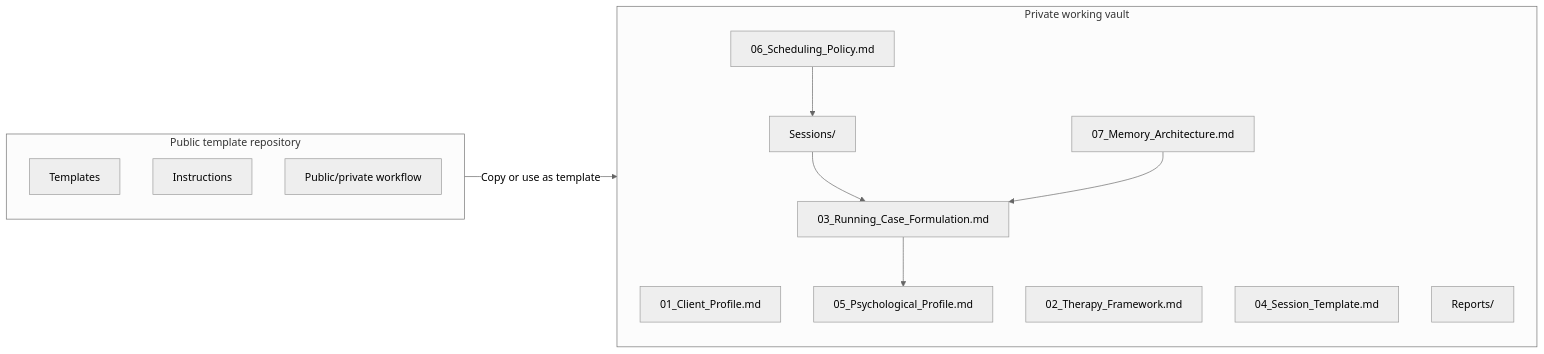
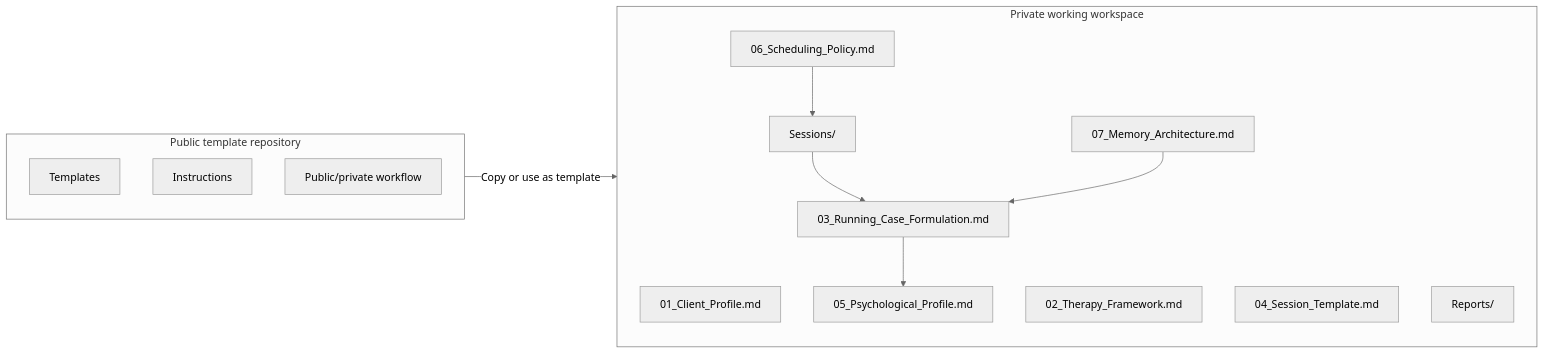
Before and after one commit to 126mingxuan/psychology-reflection-vault: the fourth of 4 diagrams in README.md, drawn with Mermaid (neutral theme). The commit also changed other lines of this file and 30 other files, not shown here.

````diff
--- a/README.md
+++ b/README.md
@@ -263,26 +270,26 @@
 ```mermaid
 flowchart LR
-    subgraph PrivateVault["Private working vault"]
+    subgraph PrivateWorkspace["Private working workspace"]
         CP["01_Client_Profile.md"]
         FW["02_Therapy_Framework.md"]
         CF["03_Running_Case_Formulation.md"]
         ST["04_Session_Template.md"]
         PP["05_Psychological_Profile.md"]
         SP["06_Scheduling_Policy.md"]
         MA["07_Memory_Architecture.md"]
         SN["Sessions/"]
         RP["Reports/"]
     end
 
     subgraph PublicTemplate["Public template repository"]
         PT["Templates"]
         DOCS["Instructions"]
         WF["Public/private workflow"]
     end
 
-    PublicTemplate -->|"Copy or use as template"| PrivateVault
+    PublicTemplate -->|"Copy or use as template"| PrivateWorkspace
     SN --> CF
     CF --> PP
     SP --> SN
     MA --> CF
 ```
````
